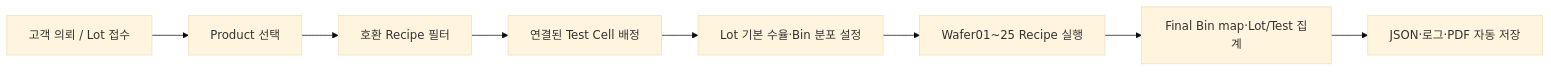
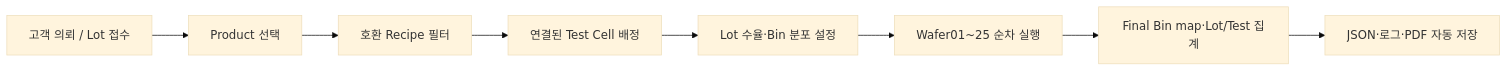
The first of 2 diagrams in README.md (youn9k/EDS-Wafer-Sort-Simulator), drawn with Mermaid (base theme) before and after one commit. The commit also changed other lines of this file and 14 other files, not shown here.

````diff
--- a/README.md
+++ b/README.md
@@ -9,10 +144,10 @@
 ```mermaid
 flowchart LR
     A["고객 의뢰 / Lot 접수"] --> B["Product 선택"]
     B --> C["호환 Recipe 필터"]
     C --> D["연결된 Test Cell 배정"]
-    D --> E["Lot 기본 수율·Bin 분포 설정"]
-    E --> F["Wafer01~25 Recipe 실행"]
+    D --> E["Lot 수율·Bin 분포 설정"]
+    E --> F["Wafer01~25 순차 실행"]
     F --> G["Final Bin map·Lot/Test 집계"]
     G --> H["JSON·로그·PDF 자동 저장"]
 ```
````
